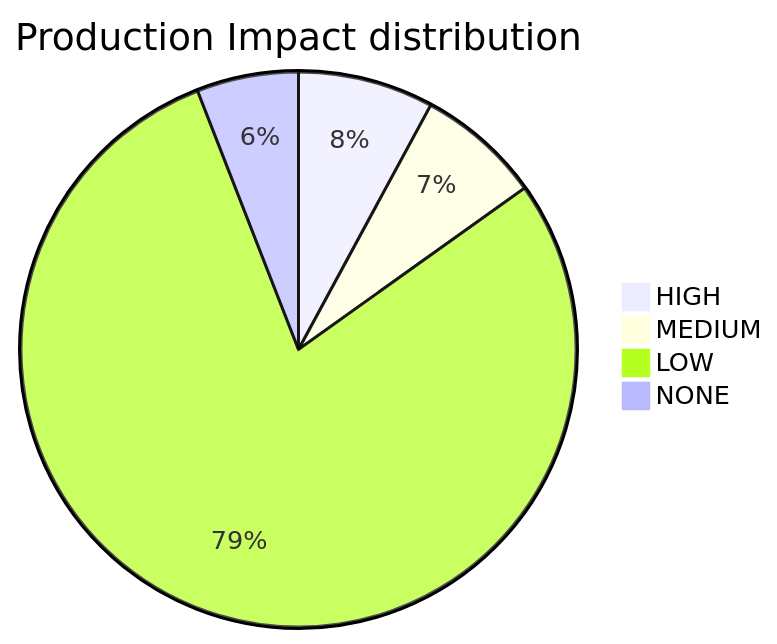
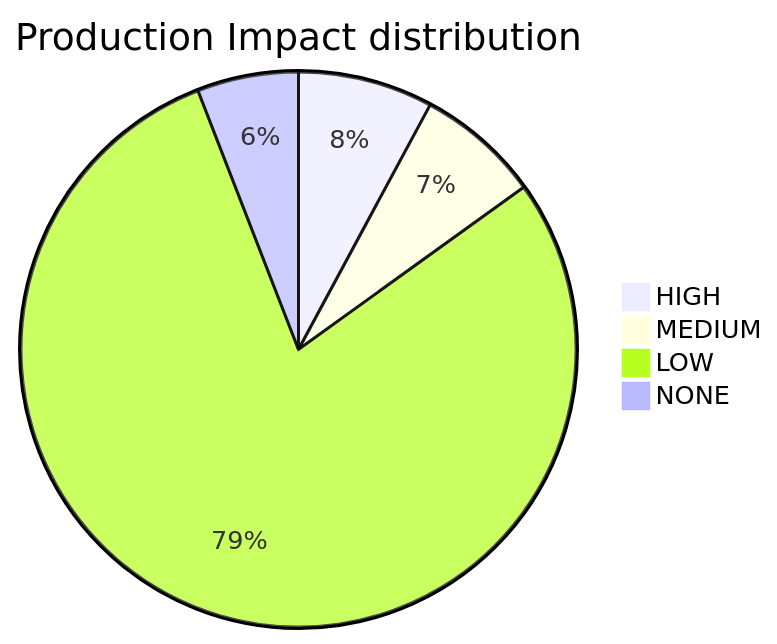
The diagram in PLATFORM_HEALTH.md (mikeybeezy/goldenpath-idp-infra), drawn with Mermaid before and after one commit. The commit also changed other lines of this file and 10 other files, not shown here.

````diff
--- a/PLATFORM_HEALTH.md
+++ b/PLATFORM_HEALTH.md
@@ -53,7 +55,7 @@
 ```mermaid
 pie title Production Impact distribution
     "HIGH" : 36
     "MEDIUM" : 33
-    "LOW" : 360
+    "LOW" : 362
     "NONE" : 27
 ```
````
